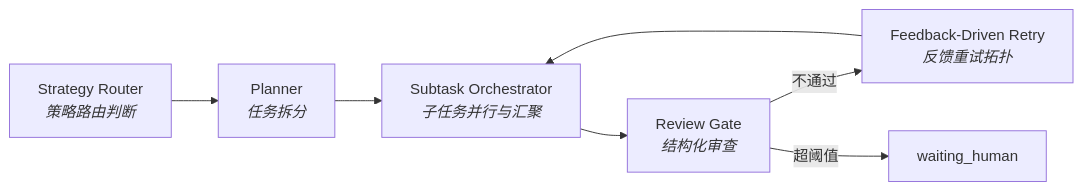
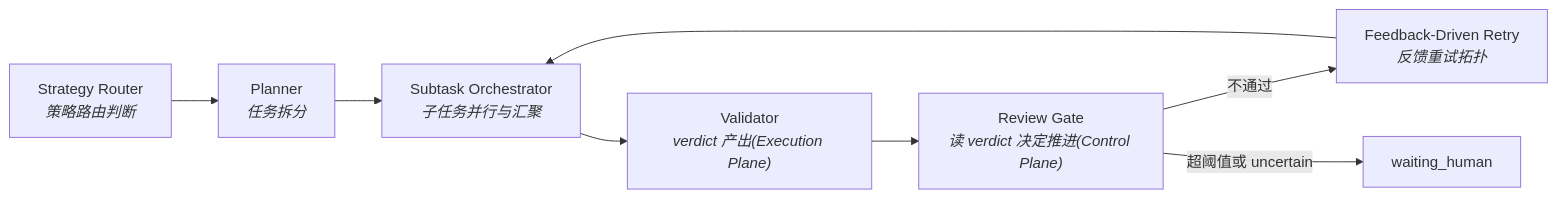
The diagram in docs/design/ORCHESTRATION.md (RocioGinsberg/swallow), drawn with Mermaid before and after one commit. The commit also changed other lines of this file and 12 other files, not shown here.

````diff
--- a/docs/design/ORCHESTRATION.md
+++ b/docs/design/ORCHESTRATION.md
@@ -24,12 +26,14 @@
 ```mermaid
 graph LR
     SR["Strategy Router<br/><i>策略路由判断</i>"]
     PL["Planner<br/><i>任务拆分</i>"]
     SO["Subtask Orchestrator<br/><i>子任务并行与汇聚</i>"]
-    RG["Review Gate<br/><i>结构化审查</i>"]
+    VL["Validator<br/><i>verdict 产出(Execution Plane)</i>"]
+    RG["Review Gate<br/><i>读 verdict 决定推进(Control Plane)</i>"]
     RT["Feedback-Driven Retry<br/><i>反馈重试拓扑</i>"]
 
-    SR --> PL --> SO --> RG
+    SR --> PL --> SO
+    SO --> VL --> RG
     RG -->|不通过| RT --> SO
-    RG -->|超阈值| WH["waiting_human"]
+    RG -->|超阈值或 uncertain| WH["waiting_human"]
 ```
````
